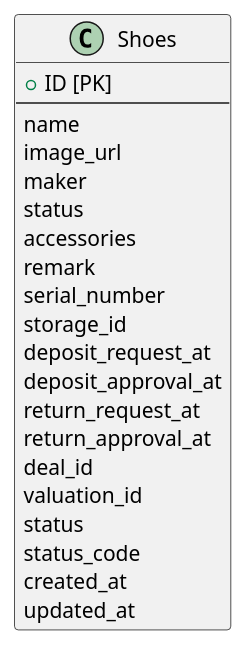
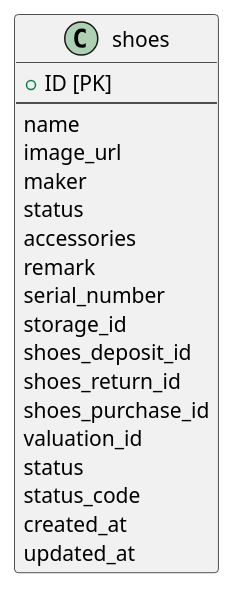
Before and after one commit to mybz-inc/sneaker: the diagram in db/Shoes.pu, drawn with PlantUML. The commit also changed 5 other files, not shown here.

```diff
--- a/db/Shoes.pu
+++ b/db/Shoes.pu
@@ -1,22 +1,22 @@
-class Shoes {
+@startuml shoes
+class shoes {
   + ID [PK]
   --
   name
   image_url
   maker
   status
   accessories
   remark
   serial_number
   storage_id
-  deposit_request_at
-  deposit_approval_at
-  return_request_at
-  return_approval_at
-  deal_id
+  shoes_deposit_id
+  shoes_return_id
+  shoes_purchase_id
   valuation_id
   status
   status_code
   created_at
   updated_at
 }
+@enduml
```
